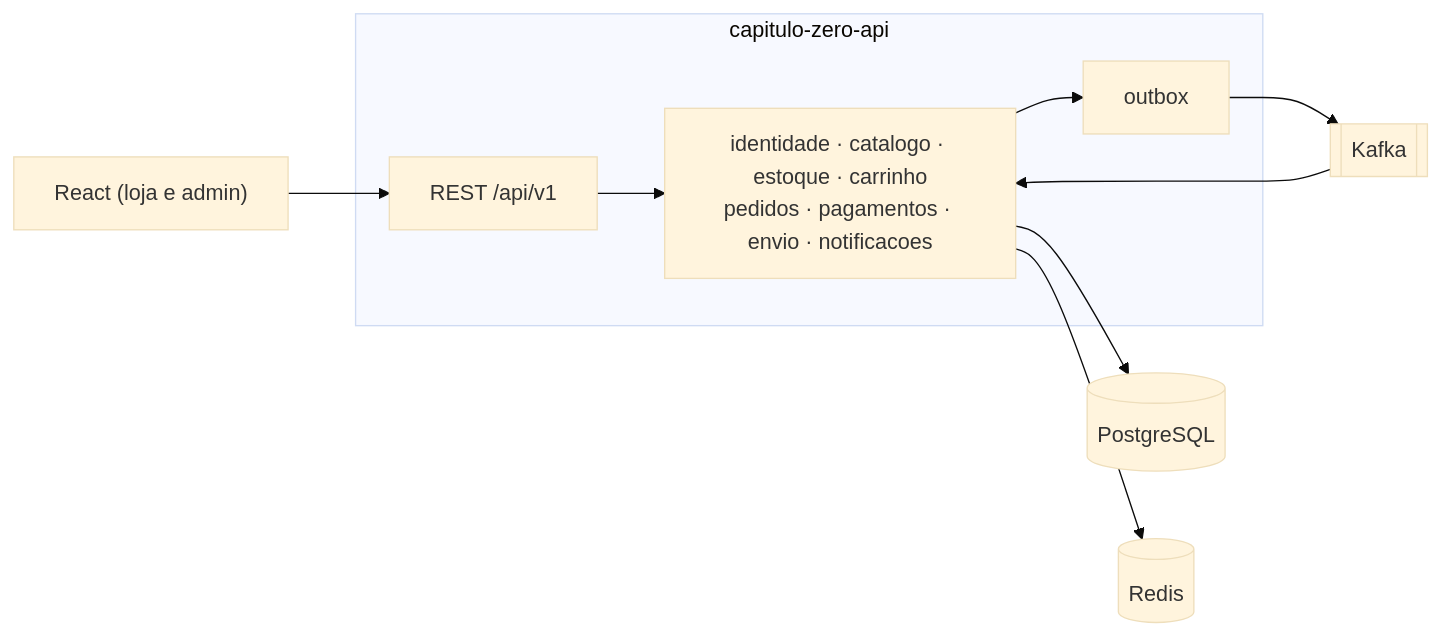
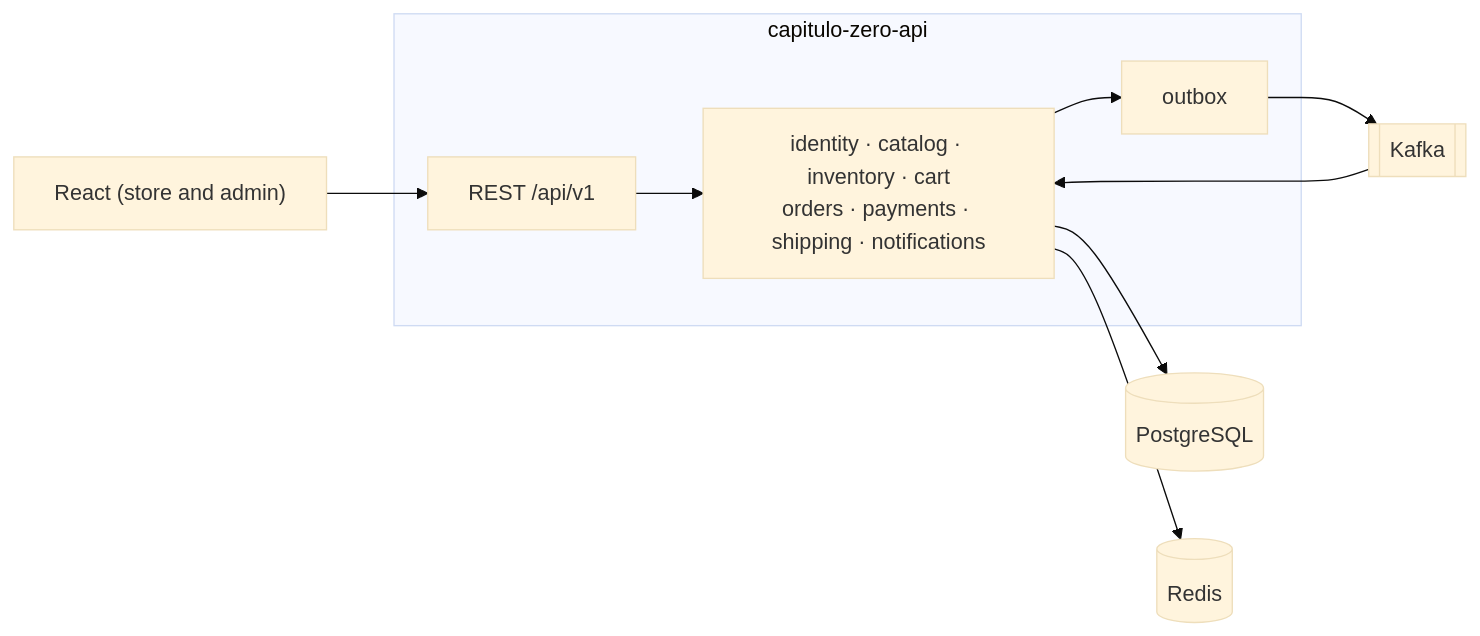
One commit to HigorPassarela/Capitulo-Zero changed the diagram in README.md. Above: the diagram before and after it, drawn with Mermaid (base theme). The commit also changed other lines of this file and 27 other files, not shown here.

````diff
--- a/README.md
+++ b/README.md
@@ -15,12 +15,12 @@
 ```mermaid
 flowchart LR
-    cliente["React (loja e admin)"] --> api["REST /api/v1"]
+    client["React (store and admin)"] --> api["REST /api/v1"]
     subgraph app["capitulo-zero-api"]
-        api --> mods["identidade · catalogo · estoque · carrinho<br/>pedidos · pagamentos · envio · notificacoes"]
+        api --> mods["identity · catalog · inventory · cart<br/>orders · payments · shipping · notifications"]
         mods --> outbox["outbox"]
     end
     mods --> pg[("PostgreSQL")]
     mods --> redis[("Redis")]
     outbox --> kafka[["Kafka"]]
     kafka --> mods
 ```
````
